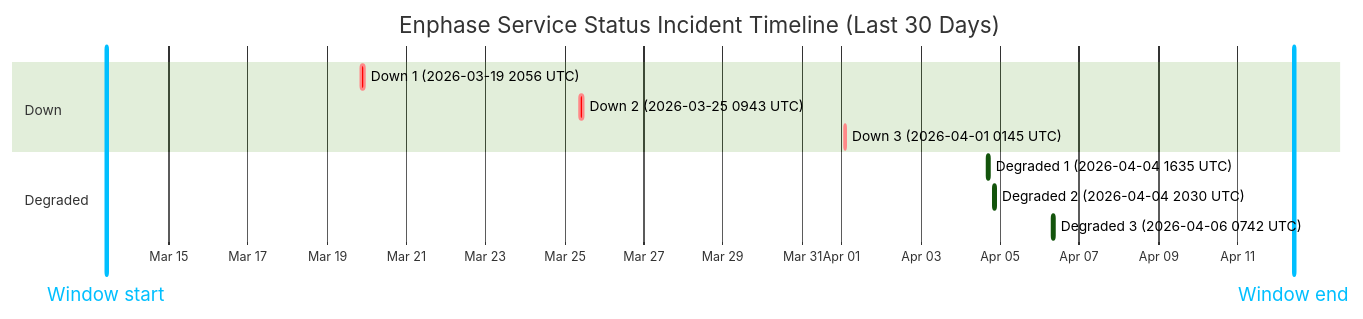
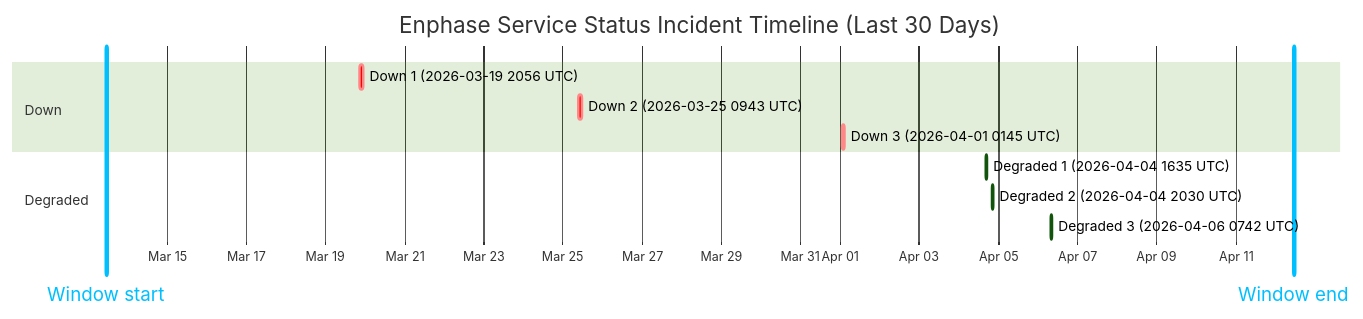
Before and after one commit to barneyonline/ha-enphase-ev-charger: the diagram in wiki/Service-Status-History.md, drawn with Mermaid (forest theme). The commit also changed other lines of this file and 3 other files, not shown here.

````diff
--- a/wiki/Service-Status-History.md
+++ b/wiki/Service-Status-History.md
@@ -14,16 +14,16 @@
 ```mermaid
 gantt
     title Enphase Service Status Incident Timeline (Last 30 Days)
     dateFormat  YYYY-MM-DDTHH:mm:ss
     axisFormat  %b %d
-    Window start :vert, window-start, 2026-03-13T10:06:26, 0ms
-    Window end :vert, window-end, 2026-04-12T10:06:26, 0ms
+    Window start :vert, window-start, 2026-03-13T11:06:07, 0ms
+    Window end :vert, window-end, 2026-04-12T11:06:07, 0ms
     section Down
     Down 1 (2026-03-19 2056 UTC) :crit, down-1, 2026-03-19T20:56:20, 145m
     Down 2 (2026-03-25 0943 UTC) :crit, down-2, 2026-03-25T09:43:28, 111m
     Down 3 (2026-04-01 0145 UTC) :crit, down-3, 2026-04-01T01:45:09, 60m
     section Degraded
     Degraded 1 (2026-04-04 1635 UTC) :active, degraded-1, 2026-04-04T16:35:17, 60m
     Degraded 2 (2026-04-04 2030 UTC) :active, degraded-2, 2026-04-04T20:30:40, 60m
     Degraded 3 (2026-04-06 0742 UTC) :active, degraded-3, 2026-04-06T07:42:09, 85m
 ```
````
